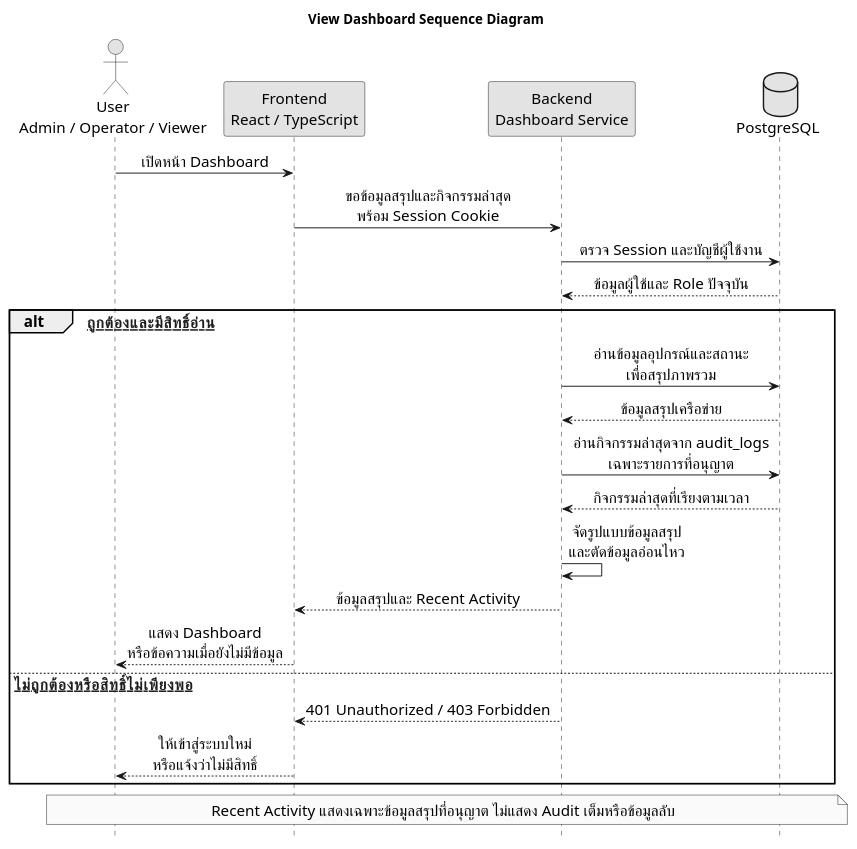
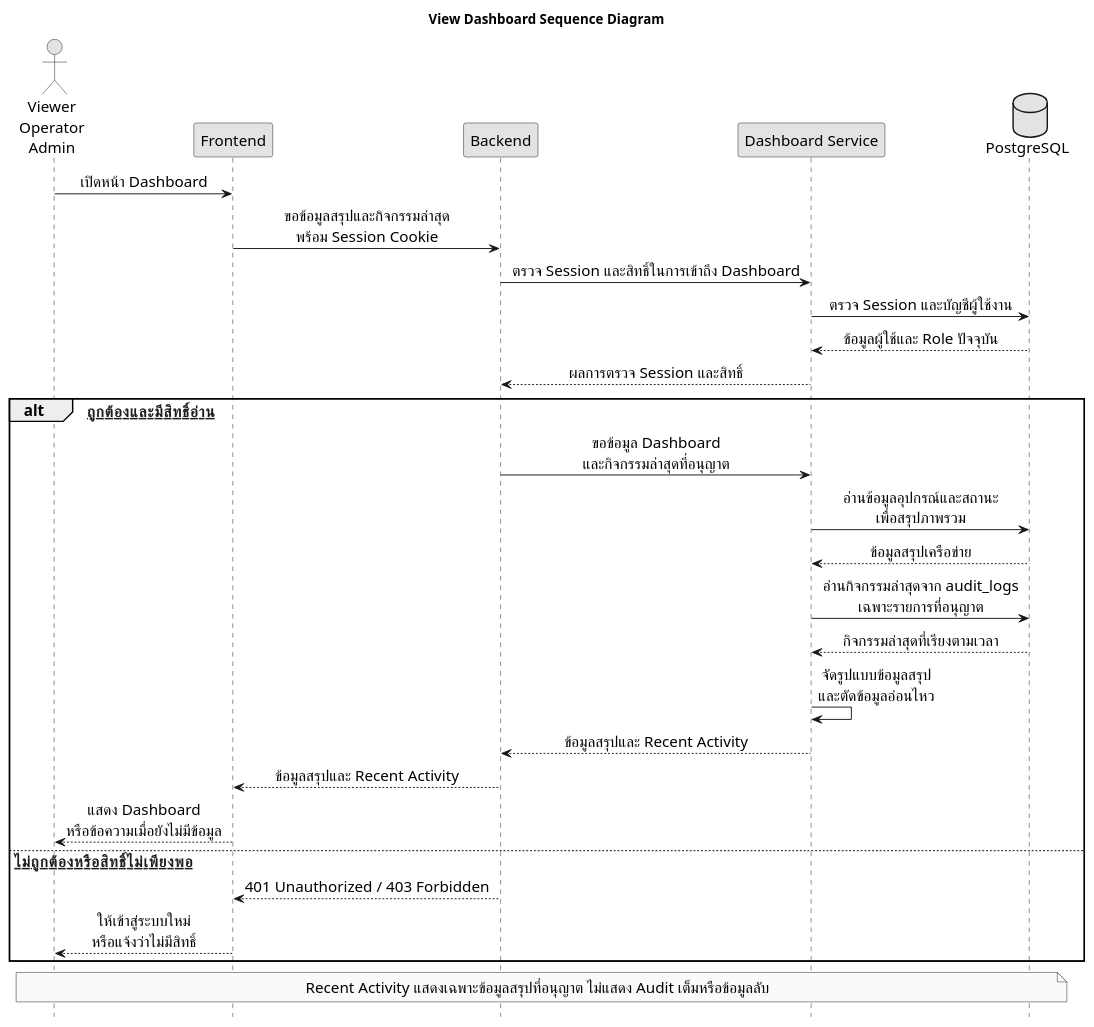
The diagram in outputs/thesis/sequence-diagram/naphat/fig-3-7-view-dashboard.puml (napgat/NyNetMate-Research), drawn with PlantUML before and after one commit. The commit also changed 99 other files, not shown here.

Commit message:
docs: update thesis sequence diagrams and UI design artifacts

```diff
--- a/outputs/thesis/sequence-diagram/naphat/fig-3-7-view-dashboard.puml
+++ b/outputs/thesis/sequence-diagram/naphat/fig-3-7-view-dashboard.puml
@@ -1,30 +1,35 @@
 @startuml
 hide footbox
 skinparam monochrome true
 skinparam defaultFontName Tahoma
 skinparam defaultFontSize 16
 skinparam sequenceMessageAlign center
 skinparam responseMessageBelowArrow true
 title View Dashboard Sequence Diagram
-actor "User\nAdmin / Operator / Viewer" as U
-participant "Frontend\nReact / TypeScript" as F
-participant "Backend\nDashboard Service" as B
+actor "Viewer\nOperator\nAdmin" as U
+participant "Frontend" as F
+participant "Backend" as B
+participant "Dashboard Service" as S
 database "PostgreSQL" as D
 U -> F : เปิดหน้า Dashboard
 F -> B : ขอข้อมูลสรุปและกิจกรรมล่าสุด\nพร้อม Session Cookie
-B -> D : ตรวจ Session และบัญชีผู้ใช้งาน
-D --> B : ข้อมูลผู้ใช้และ Role ปัจจุบัน
+B -> S : ตรวจ Session และสิทธิ์ในการเข้าถึง Dashboard
+S -> D : ตรวจ Session และบัญชีผู้ใช้งาน
+D --> S : ข้อมูลผู้ใช้และ Role ปัจจุบัน
+S --> B : ผลการตรวจ Session และสิทธิ์
 alt [Session ถูกต้องและมีสิทธิ์อ่าน]
-B -> D : อ่านข้อมูลอุปกรณ์และสถานะ\nเพื่อสรุปภาพรวม
-D --> B : ข้อมูลสรุปเครือข่าย
-B -> D : อ่านกิจกรรมล่าสุดจาก audit_logs\nเฉพาะรายการที่อนุญาต
-D --> B : กิจกรรมล่าสุดที่เรียงตามเวลา
-B -> B : จัดรูปแบบข้อมูลสรุป\nและตัดข้อมูลอ่อนไหว
+B -> S : ขอข้อมูล Dashboard\nและกิจกรรมล่าสุดที่อนุญาต
+S -> D : อ่านข้อมูลอุปกรณ์และสถานะ\nเพื่อสรุปภาพรวม
+D --> S : ข้อมูลสรุปเครือข่าย
+S -> D : อ่านกิจกรรมล่าสุดจาก audit_logs\nเฉพาะรายการที่อนุญาต
+D --> S : กิจกรรมล่าสุดที่เรียงตามเวลา
+S -> S : จัดรูปแบบข้อมูลสรุป\nและตัดข้อมูลอ่อนไหว
+S --> B : ข้อมูลสรุปและ Recent Activity
 B --> F : ข้อมูลสรุปและ Recent Activity
 F --> U : แสดง Dashboard\nหรือข้อความเมื่อยังไม่มีข้อมูล
 else [Session ไม่ถูกต้องหรือสิทธิ์ไม่เพียงพอ]
 B --> F : 401 Unauthorized / 403 Forbidden
 F --> U : ให้เข้าสู่ระบบใหม่\nหรือแจ้งว่าไม่มีสิทธิ์
 end
 note over U,D : Recent Activity แสดงเฉพาะข้อมูลสรุปที่อนุญาต ไม่แสดง Audit เต็มหรือข้อมูลลับ
 @enduml
```
